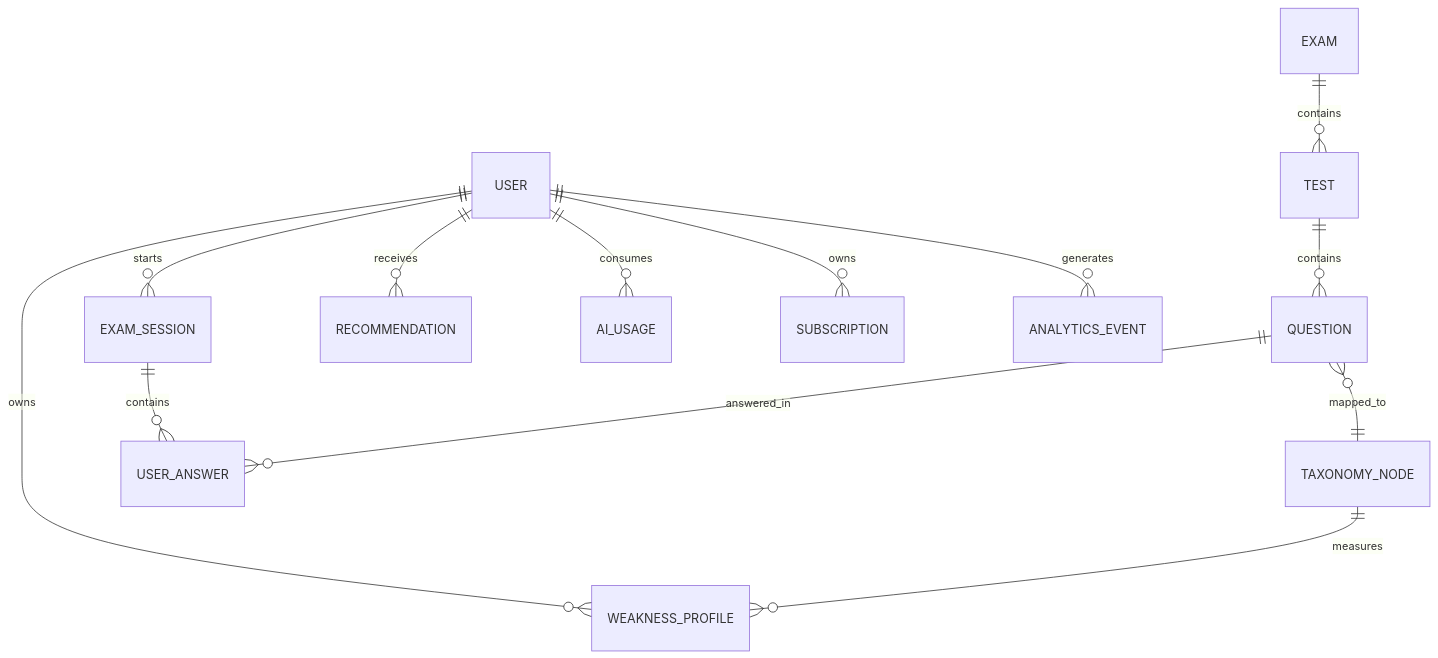
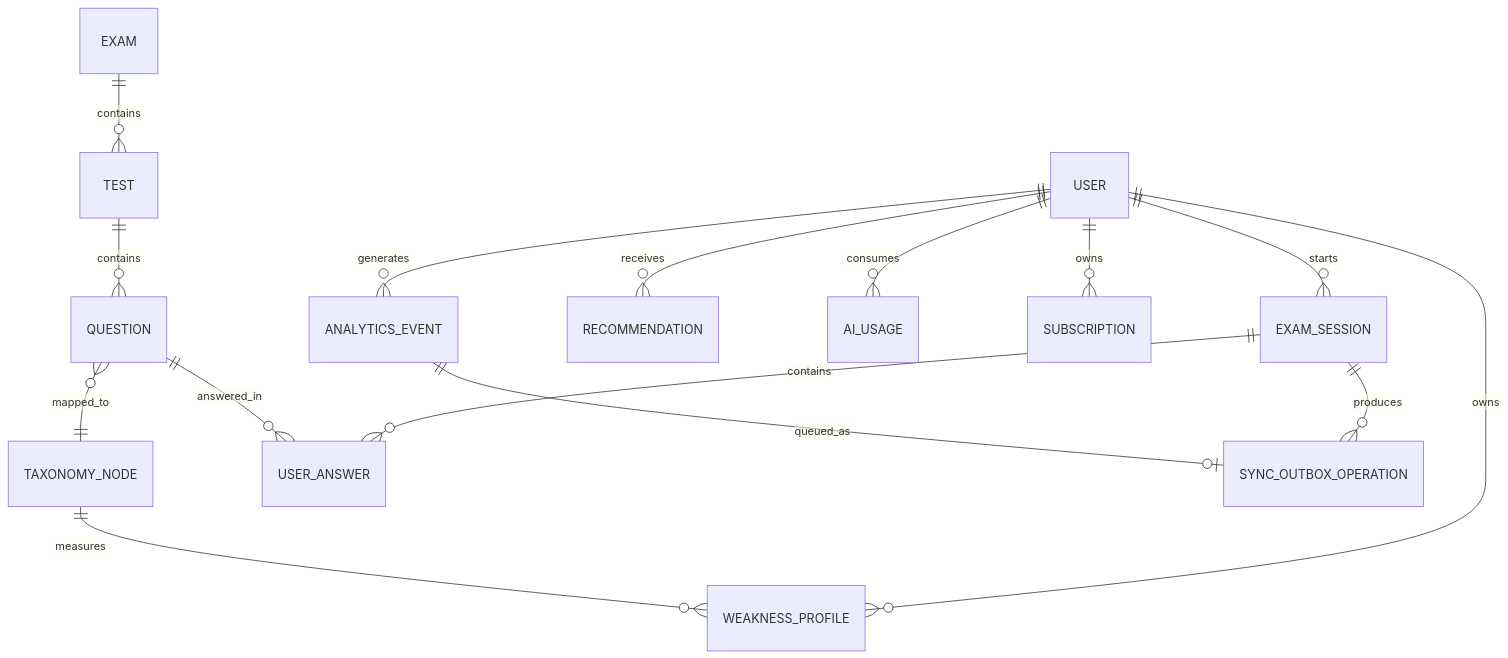
Before and after one commit to fauzibinfaisal/ExamCoach: the diagram in docs/engineering/Database_ERD.md, drawn with Mermaid. The commit also changed other lines of this file and 30 other files, not shown here.

Commit message:
feat: add resilient outbox sync worker

````diff
--- a/docs/engineering/Database_ERD.md
+++ b/docs/engineering/Database_ERD.md
@@ -5,15 +5,17 @@
 ```mermaid
 erDiagram
     USER ||--o{ EXAM_SESSION : starts
     EXAM ||--o{ TEST : contains
     TEST ||--o{ QUESTION : contains
     QUESTION }o--|| TAXONOMY_NODE : mapped_to
     EXAM_SESSION ||--o{ USER_ANSWER : contains
     QUESTION ||--o{ USER_ANSWER : answered_in
     USER ||--o{ WEAKNESS_PROFILE : owns
     TAXONOMY_NODE ||--o{ WEAKNESS_PROFILE : measures
     USER ||--o{ RECOMMENDATION : receives
     USER ||--o{ AI_USAGE : consumes
     USER ||--o{ SUBSCRIPTION : owns
     USER ||--o{ ANALYTICS_EVENT : generates
+    EXAM_SESSION ||--o{ SYNC_OUTBOX_OPERATION : produces
+    ANALYTICS_EVENT ||--o| SYNC_OUTBOX_OPERATION : queued_as
 ```
````
